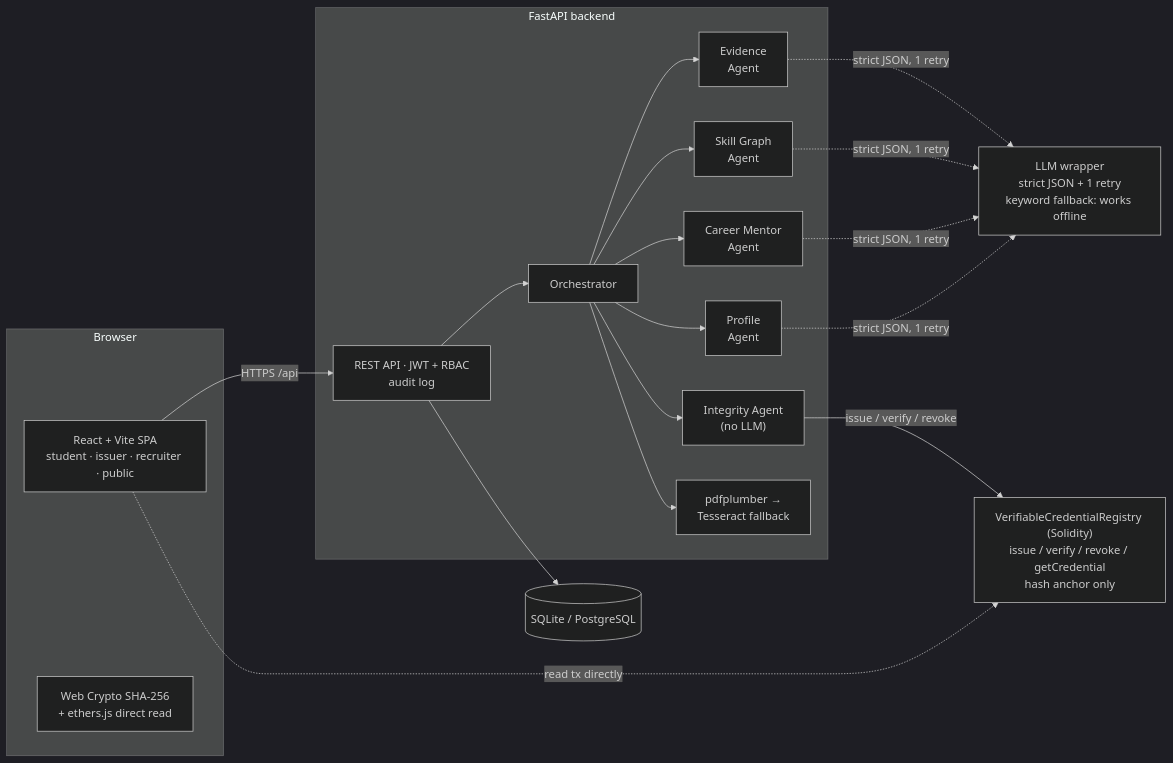
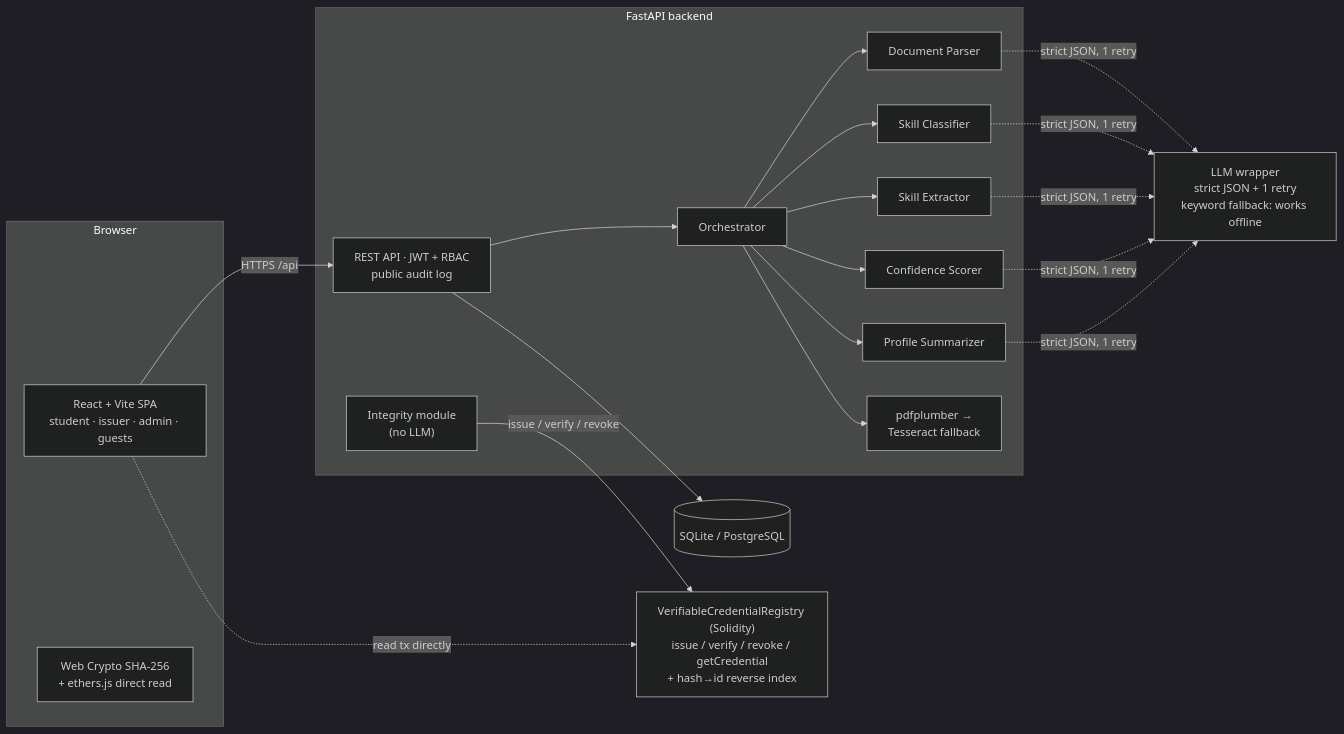
One commit to nandikagit1109-git/Attesta changed the diagram in README.md. Above: the diagram before and after it, drawn with Mermaid (dark theme). The commit also changed other lines of this file and 55 other files, not shown here.

First line of the commit message:
feat: revised spec P0 — guest recruiters via share tokens, student approval gate, hash reverse index

````diff
--- a/README.md
+++ b/README.md
@@ -43,29 +46,30 @@
 ```mermaid
 graph LR
     subgraph Browser
-        SPA["React + Vite SPA<br/>student · issuer · recruiter · public"]
+        SPA["React + Vite SPA<br/>student · issuer · admin · guests"]
         WC["Web Crypto SHA-256<br/>+ ethers.js direct read"]
     end
     subgraph Backend["FastAPI backend"]
-        API["REST API · JWT + RBAC<br/>audit log"]
+        API["REST API · JWT + RBAC<br/>public audit log"]
         ORCH["Orchestrator"]
-        EV["Evidence<br/>Agent"]
-        SG["Skill Graph<br/>Agent"]
-        CM["Career Mentor<br/>Agent"]
-        IA["Integrity Agent<br/>(no LLM)"]
-        PA["Profile<br/>Agent"]
+        DP["Document Parser"]
+        SC["Skill Classifier"]
+        SE["Skill Extractor"]
+        CS["Confidence Scorer"]
+        PS["Profile Summarizer"]
+        IA["Integrity module<br/>(no LLM)"]
         EX["pdfplumber →<br/>Tesseract fallback"]
     end
     LLM["LLM wrapper<br/>strict JSON + 1 retry<br/>keyword fallback: works offline"]
-    CH["VerifiableCredentialRegistry (Solidity)<br/>issue / verify / revoke / getCredential<br/>hash anchor only"]
+    CH["VerifiableCredentialRegistry (Solidity)<br/>issue / verify / revoke / getCredential<br/>+ hash→id reverse index"]
     DB[("SQLite / PostgreSQL")]
 
     SPA -->|HTTPS /api| API
     API --> ORCH
-    ORCH --> EV & SG & CM & IA & PA
-    EV & SG & CM & PA -.->|strict JSON, 1 retry| LLM
+    ORCH --> DP & SC & SE & CS & PS
+    DP & SC & SE & CS & PS -.->|strict JSON, 1 retry| LLM
     ORCH --> EX
     API --> DB
     IA -->|issue / verify / revoke| CH
     SPA -.->|read tx directly| CH
 ```
````
